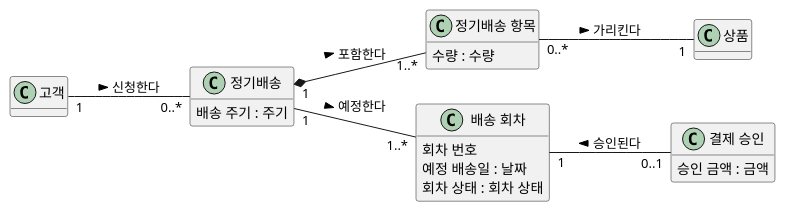
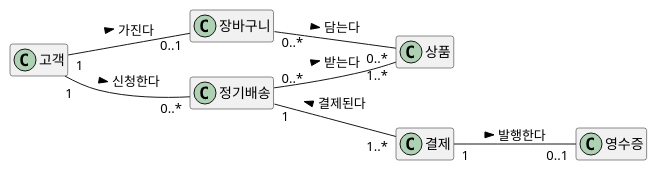
Before and after one commit to YoungSan77/TrainingMaterials: diagram 30 of 31 in courses/ooad/sessions/s03.md, drawn with PlantUML. The commit also changed other lines of this file and 39 other files, not shown here.

````diff
--- a/courses/ooad/sessions/s03.md
+++ b/courses/ooad/sessions/s03.md
@@ -2288,27 +2318,18 @@
 ```plantuml:class
 @startuml
-hide empty methods
+hide empty members
 left to right direction
 class "고객" as Customer
-class "정기배송" as Subscription {
-  배송 주기 : 주기
-}
-class "정기배송 항목" as SubscriptionItem {
-  수량 : 수량
-}
+class "장바구니" as Cart
 class "상품" as Product
-class "배송 회차" as Delivery {
-  회차 번호
-  예정 배송일 : 날짜
-  회차 상태 : 회차 상태
-}
-class "결제 승인" as PaymentApproval {
-  승인 금액 : 금액
-}
-Customer "1" -- "0..*" Subscription : 신청한다 >
-Subscription "1" *-- "1..*" SubscriptionItem : 포함한다 >
-SubscriptionItem "0..*" -- "1" Product : 가리킨다 >
-Subscription "1" -- "1..*" Delivery : 예정한다 >
-Delivery "1" -- "0..1" PaymentApproval : 승인된다 <
+class "정기배송" as Sub
+class "결제" as Payment
+class "영수증" as Receipt
+Customer "1" -- "0..1" Cart : 가진다 >
+Cart "0..*" -- "0..*" Product : 담는다 >
+Customer "1" -- "0..*" Sub : 신청한다 >
+Sub "0..*" -- "1..*" Product : 받는다 >
+Sub "1" -- "1..*" Payment : 결제된다 <
+Payment "1" -- "0..1" Receipt : 발행한다 >
 @enduml
 ```
````
